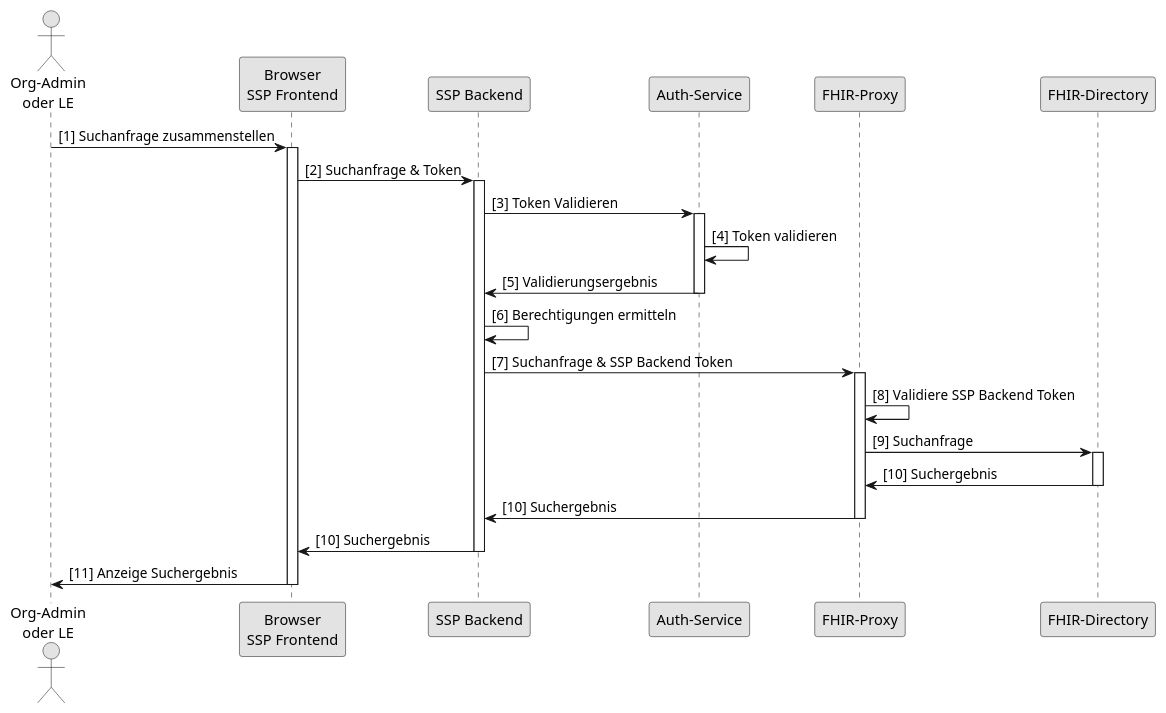
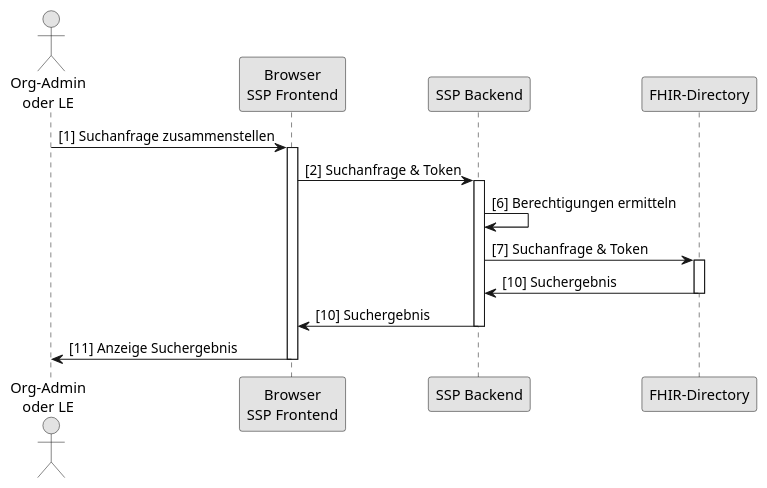
Before and after one commit to gematik/api-vzd: the diagram in src/plantuml/SequenceDiagram.FHIR-Directory.SSP.Suche.puml, drawn with PlantUML.

Commit message:
Update - arvato Kommentare

```diff
--- a/src/plantuml/SequenceDiagram.FHIR-Directory.SSP.Suche.puml
+++ b/src/plantuml/SequenceDiagram.FHIR-Directory.SSP.Suche.puml
@@ -1,43 +1,33 @@
 @startuml
 skinparam dpi 100
 skinparam WrapWidth 200
 skinparam monochrome true
 
 'title "FHIR-Directory, Sequenzdiagram SSP Authenticate mit Passwort"
 actor o as "Org-Admin\noder LE"
 participant cl as "Browser\nSSP Frontend"
 participant be as "SSP Backend"
-participant au as "Auth-Service"
-participant fp as "FHIR-Proxy"
 participant fd as "FHIR-Directory"
 
 
 o -> cl: [1] Suchanfrage zusammenstellen
 activate cl
 cl -> be: [2] Suchanfrage & Token
 activate be
 
-be -> au: [3] Token Validieren
-activate au
-au -> au: [4] Token validieren
-au -> be: [5] Validierungsergebnis
-deactivate au
+
 
 be -> be: [6] Berechtigungen ermitteln
-be -> fp: [7] Suchanfrage & SSP Backend Token
-activate fp
-fp -> fp: [8] Validiere SSP Backend Token
-fp -> fd: [9] Suchanfrage
+be -> fd: [7] Suchanfrage & Token
 activate fd
 
-fd -> fp: [10] Suchergebnis
+fd -> be: [10] Suchergebnis
 deactivate fd
-fp -> be: [10] Suchergebnis
-deactivate fp
+
 be -> cl: [10] Suchergebnis
 deactivate be
 
 cl -> o: [11] Anzeige Suchergebnis
 deactivate cl
 
 @enduml
```
